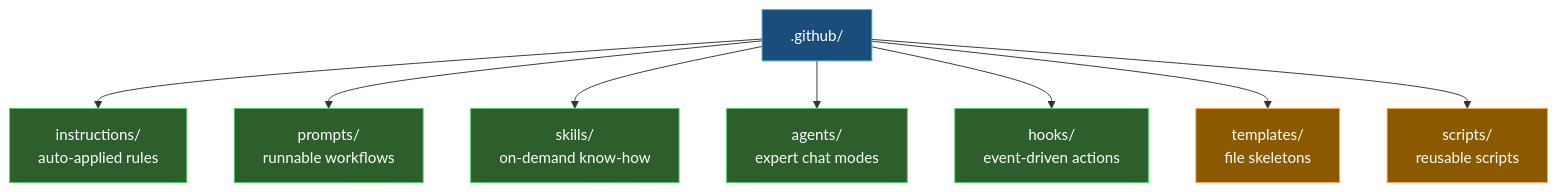
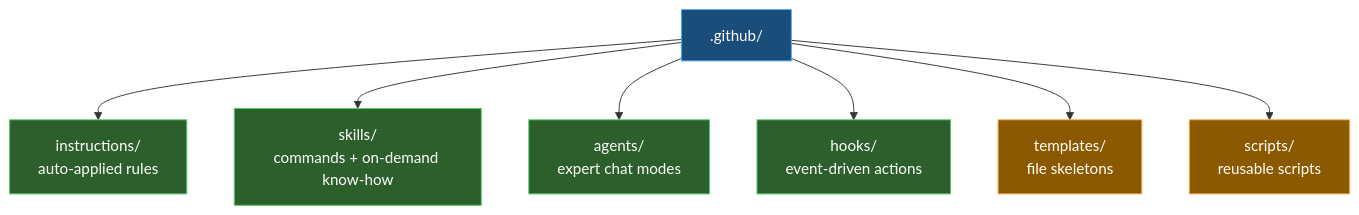
The first of 2 diagrams in workspace/using-copilot/customization-files.md (YevheniyTomenchuk-eaton/github-copilot-workspace-template), drawn with Mermaid before and after one commit. The commit also changed other lines of this file and 107 other files, not shown here.

````diff
--- a/workspace/using-copilot/customization-files.md
+++ b/workspace/using-copilot/customization-files.md
@@ -26,20 +26,18 @@
 ```mermaid
 graph TB
     GH[".github/"]
     GH --> INS["instructions/<br/>auto-applied rules"]
-    GH --> PR["prompts/<br/>runnable workflows"]
-    GH --> SK["skills/<br/>on-demand know-how"]
+    GH --> SK["skills/<br/>commands + on-demand know-how"]
     GH --> AG["agents/<br/>expert chat modes"]
     GH --> HK["hooks/<br/>event-driven actions"]
     GH --> TP["templates/<br/>file skeletons"]
     GH --> SC["scripts/<br/>reusable scripts"]
 
     style GH fill:#1a4d7a,stroke:#4dabf7,color:#fff
     style INS fill:#2d5f2d,stroke:#51cf66,color:#fff
-    style PR fill:#2d5f2d,stroke:#51cf66,color:#fff
     style SK fill:#2d5f2d,stroke:#51cf66,color:#fff
     style AG fill:#2d5f2d,stroke:#51cf66,color:#fff
     style HK fill:#2d5f2d,stroke:#51cf66,color:#fff
     style TP fill:#8b5a00,stroke:#ffa94d,color:#fff
     style SC fill:#8b5a00,stroke:#ffa94d,color:#fff
 ```
````
